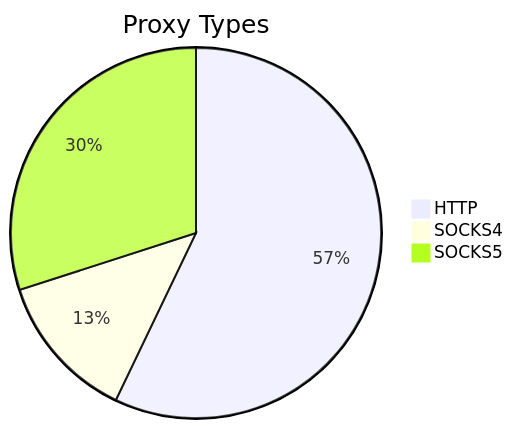
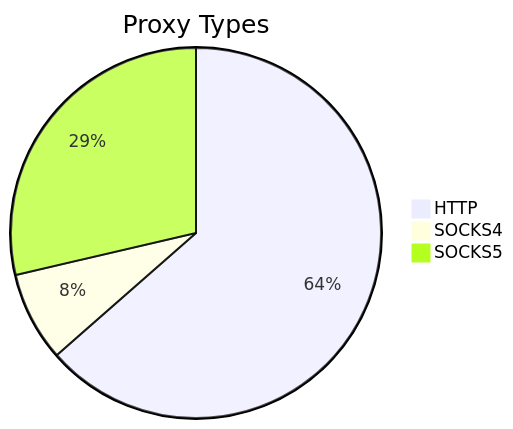
The first of 2 diagrams in README.md (stormsia/proxy-list), drawn with Mermaid before and after one commit. The commit also changed other lines of this file, not shown here.

````diff
--- a/README.md
+++ b/README.md
@@ -21,6 +21,6 @@
 ```mermaid
 pie title Proxy Types
-    "HTTP" : 650
-    "SOCKS4" : 147
-    "SOCKS5" : 341
+    "HTTP" : 528
+    "SOCKS4" : 65
+    "SOCKS5" : 238
 ```
````
